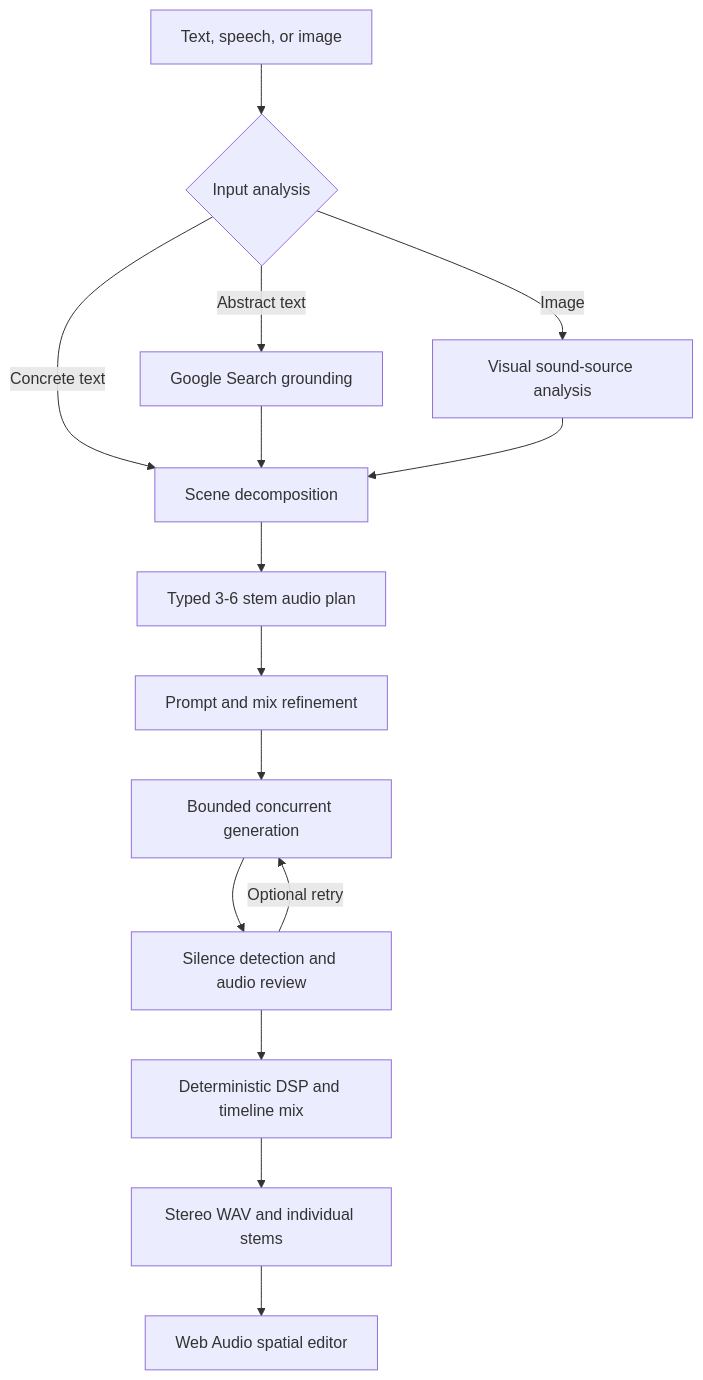
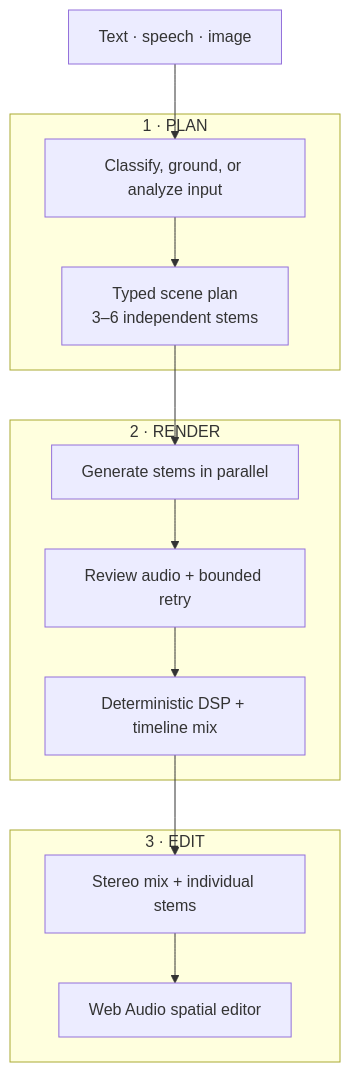
One commit to gabriel-xiong/SoundScene changed the diagram in README.md. Above: the diagram before and after it, drawn with Mermaid.

Commit message:
docs: improve architecture diagram readability

````diff
--- a/README.md
+++ b/README.md
@@ -28,17 +28,24 @@
 ```mermaid
-flowchart TD
-    A[Text, speech, or image] --> B{Input analysis}
-    B -->|Concrete text| D[Scene decomposition]
-    B -->|Abstract text| C[Google Search grounding]
-    B -->|Image| I[Visual sound-source analysis]
-    C --> D
-    I --> D
-    D --> E[Typed 3-6 stem audio plan]
-    E --> F[Prompt and mix refinement]
-    F --> G[Bounded concurrent generation]
-    G --> H[Silence detection and audio review]
-    H -->|Optional retry| G
-    H --> J[Deterministic DSP and timeline mix]
-    J --> K[Stereo WAV and individual stems]
-    K --> L[Web Audio spatial editor]
+flowchart TB
+    I["Text · speech · image"]
+
+    subgraph PLAN["1 · PLAN"]
+        A["Classify, ground, or analyze input"]
+        A --> B["Typed scene plan<br/>3–6 independent stems"]
+    end
+
+    subgraph RENDER["2 · RENDER"]
+        C["Generate stems in parallel"]
+        C --> D["Review audio + bounded retry"]
+        D --> E["Deterministic DSP + timeline mix"]
+    end
+
+    subgraph EDIT["3 · EDIT"]
+        F["Stereo mix + individual stems"]
+        F --> G["Web Audio spatial editor"]
+    end
+
+    I --> A
+    B --> C
+    E --> F
 ```
````
